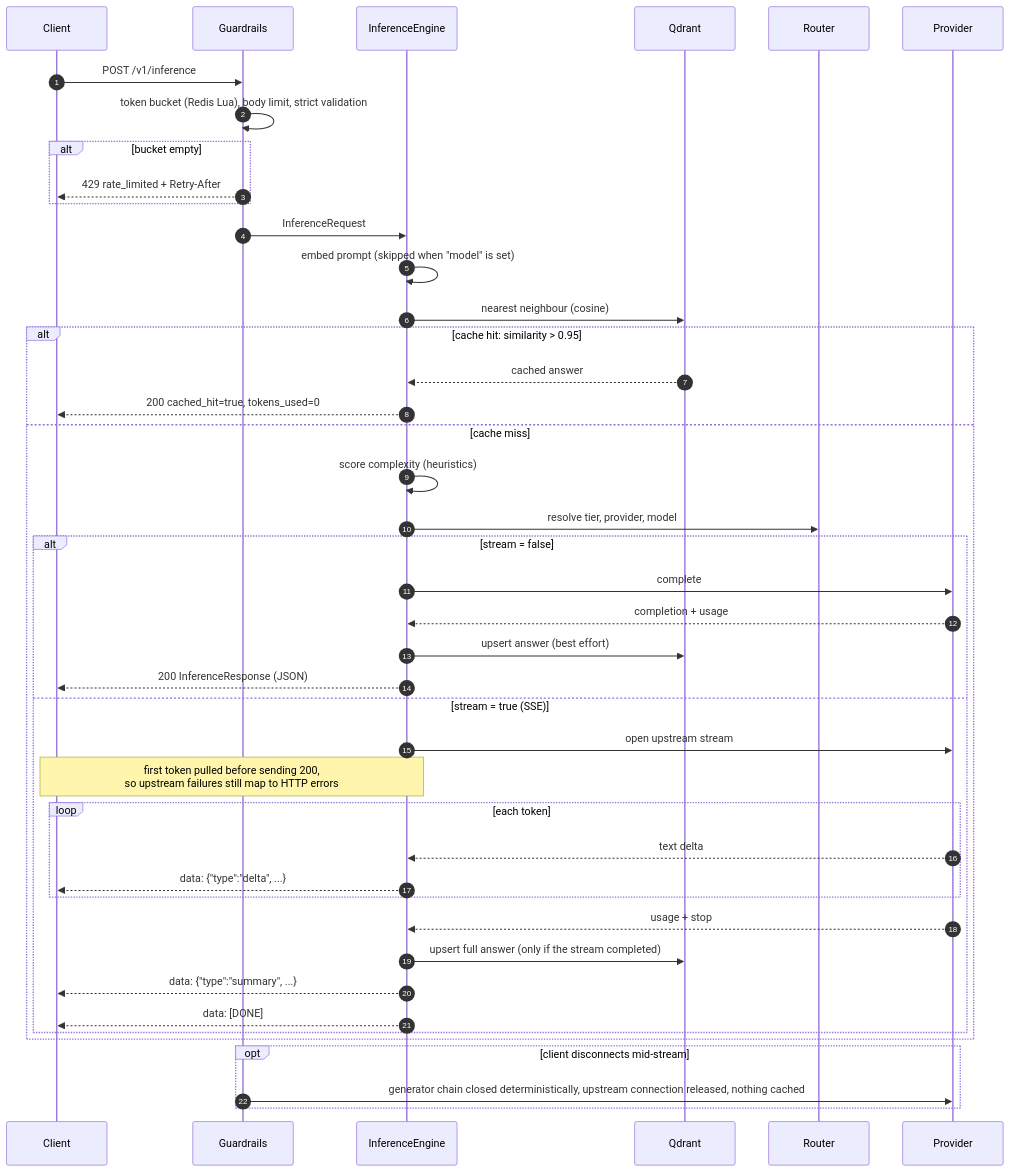
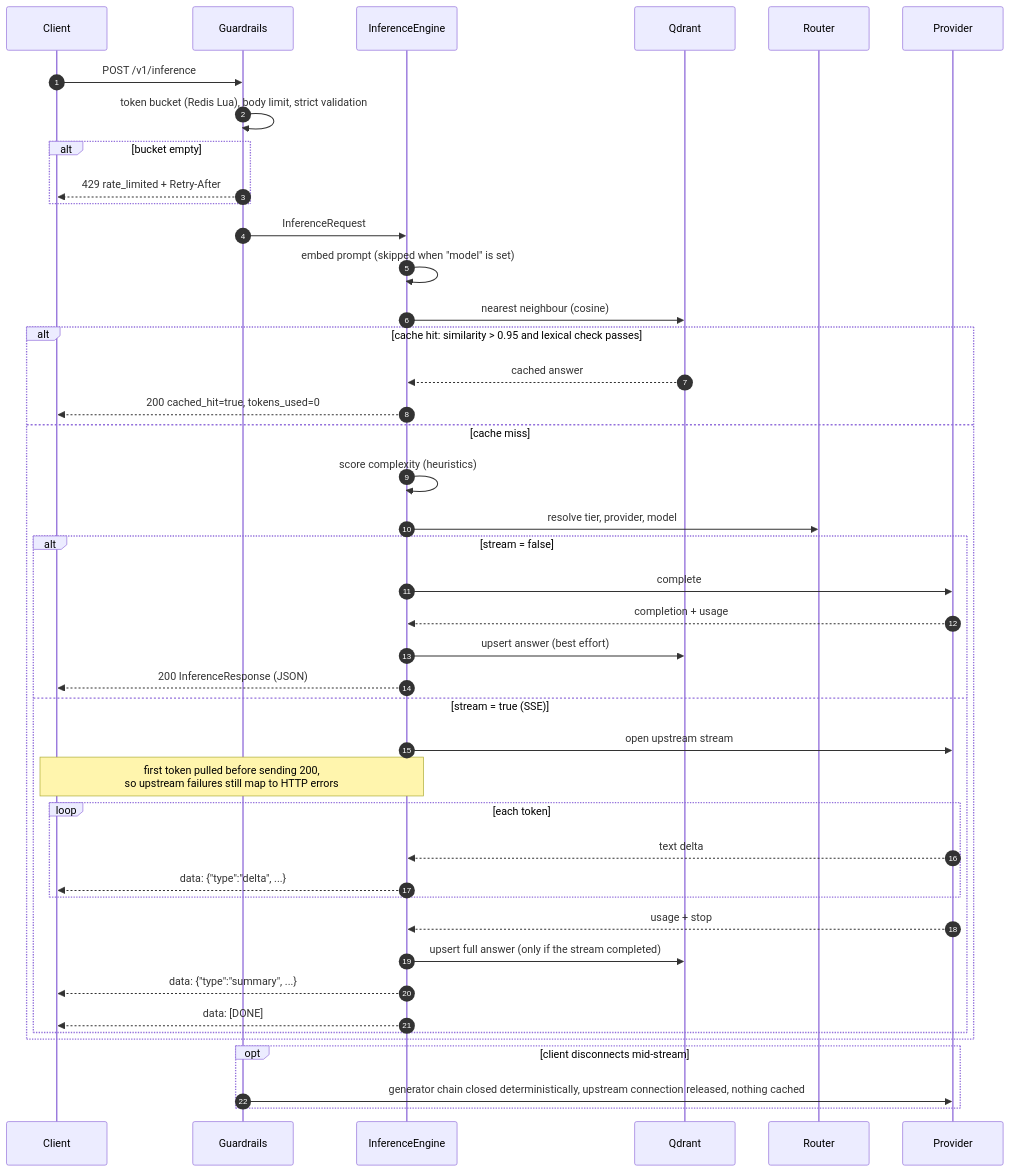
One commit to mikeZ98/ai-inference-gateway changed the second of 2 diagrams in README.md. Above: the diagram before and after it, drawn with Mermaid. The commit also changed other lines of this file, not shown here.

First line of the commit message:
docs(readme): document lexical cache-hit verification and its trade-off

````diff
--- a/README.md
+++ b/README.md
@@ -92,46 +95,46 @@
 ```mermaid
 sequenceDiagram
     autonumber
     participant C as Client
     participant G as Guardrails
     participant E as InferenceEngine
     participant Q as Qdrant
     participant R as Router
     participant P as Provider
 
     C->>G: POST /v1/inference
     G->>G: token bucket (Redis Lua), body limit, strict validation
     alt bucket empty
         G-->>C: 429 rate_limited + Retry-After
     end
     G->>E: InferenceRequest
     E->>E: embed prompt (skipped when "model" is set)
     E->>Q: nearest neighbour (cosine)
-    alt cache hit: similarity > 0.95
+    alt cache hit: similarity > 0.95 and lexical check passes
         Q-->>E: cached answer
         E-->>C: 200 cached_hit=true, tokens_used=0
     else cache miss
         E->>E: score complexity (heuristics)
         E->>R: resolve tier, provider, model
         alt stream = false
             E->>P: complete
             P-->>E: completion + usage
             E->>Q: upsert answer (best effort)
             E-->>C: 200 InferenceResponse (JSON)
         else stream = true (SSE)
             E->>P: open upstream stream
             Note over E,C: first token pulled before sending 200,<br/>so upstream failures still map to HTTP errors
             loop each token
                 P-->>E: text delta
                 E-->>C: data: {"type":"delta", ...}
             end
             P-->>E: usage + stop
             E->>Q: upsert full answer (only if the stream completed)
             E-->>C: data: {"type":"summary", ...}
             E-->>C: data: [DONE]
         end
     end
     opt client disconnects mid-stream
         G->>P: generator chain closed deterministically, upstream connection released, nothing cached
     end
 ```
````
